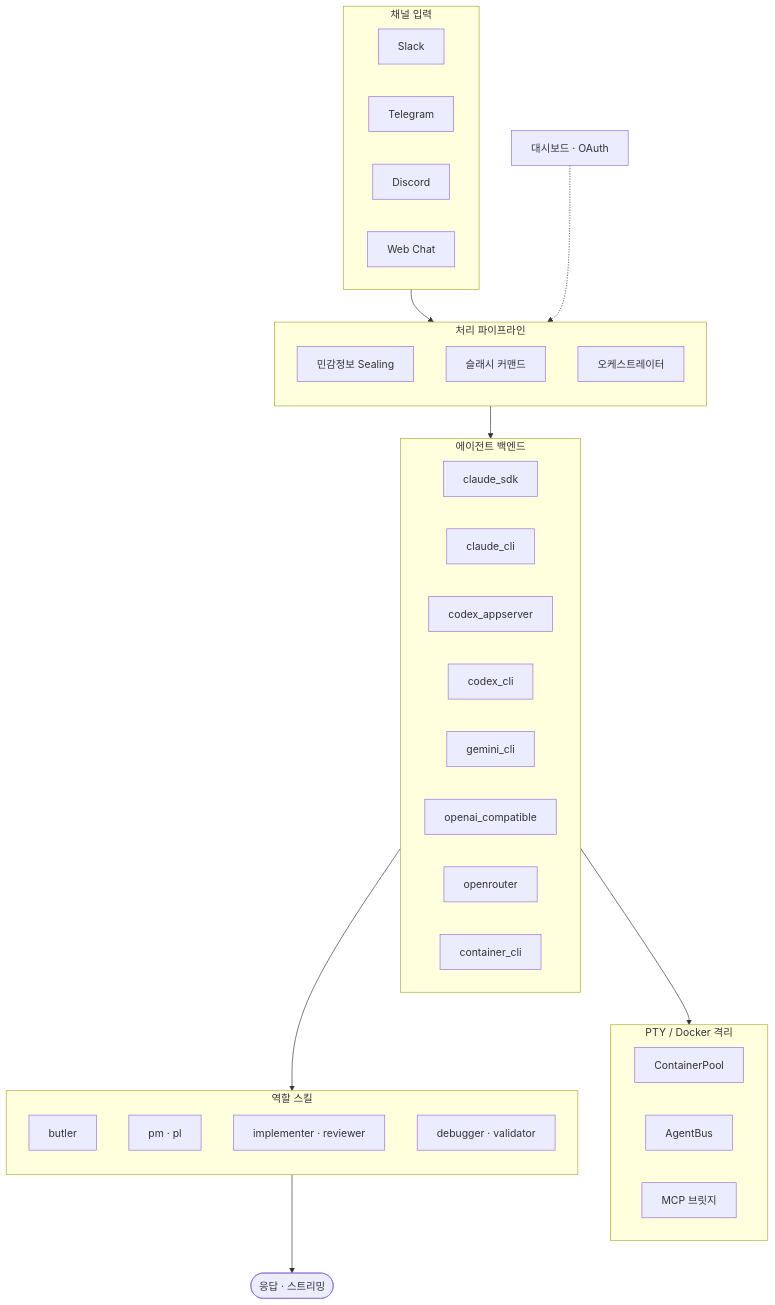
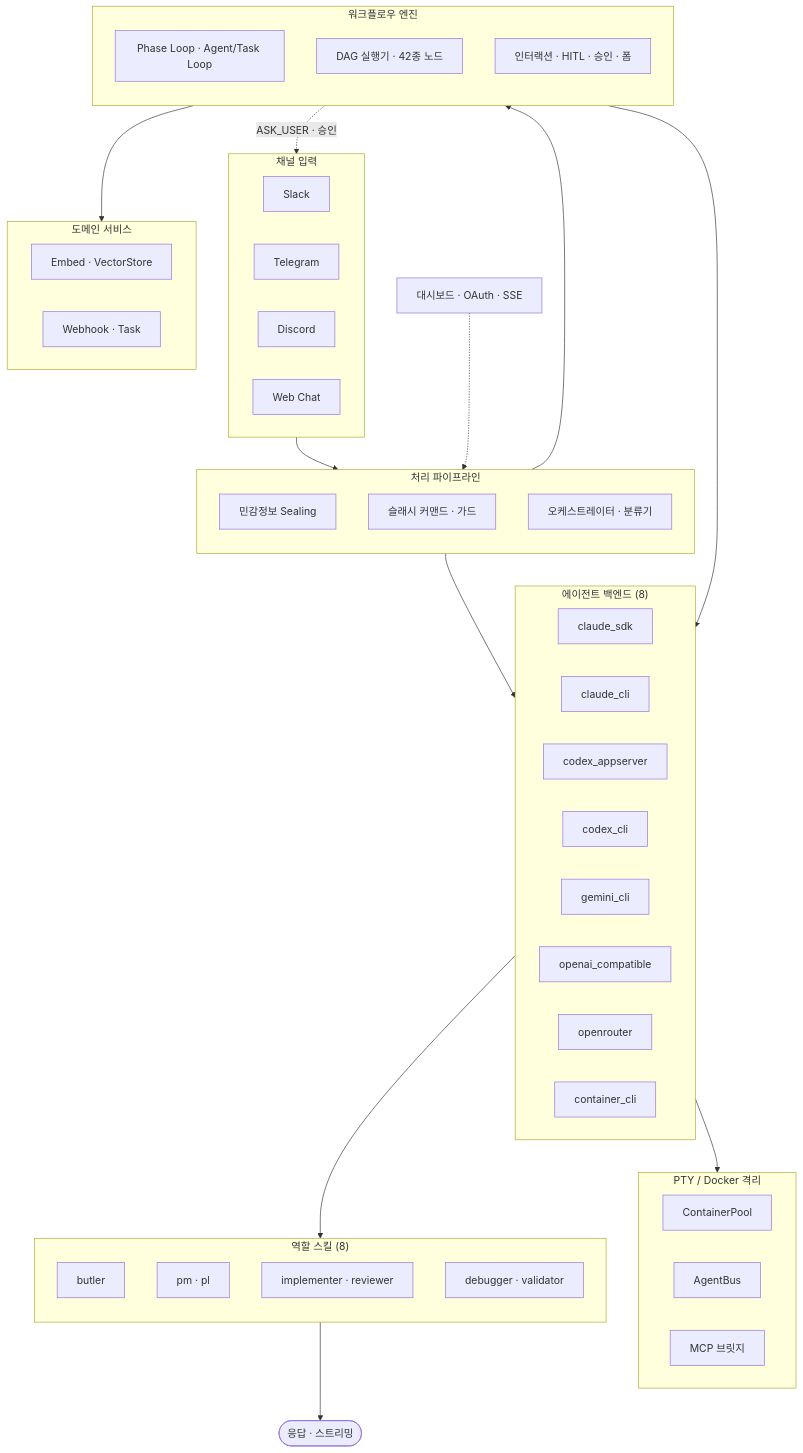
The diagram in docs/README.ko.md (berrzebb/SoulFlow-Orchestrator), drawn with Mermaid before and after one commit. The commit also changed other lines of this file and 54 other files, not shown here.

First line of the commit message:
feat: 노드 55종 확장 · 아키텍처 다이어그램 최신화 · 도구 15종 추가

````diff
--- a/docs/README.ko.md
+++ b/docs/README.ko.md
@@ -25,53 +25,70 @@
 ```mermaid
 flowchart TD
     subgraph Channels["채널 입력"]
         direction LR
         SL[Slack]
         TG[Telegram]
         DS[Discord]
         WEB[Web Chat]
     end
 
     subgraph Pipeline["처리 파이프라인"]
         direction TB
         SEAL[민감정보 Sealing]
-        CMD[슬래시 커맨드]
-        ORCH[오케스트레이터]
+        CMD[슬래시 커맨드 · 가드]
+        ORCH[오케스트레이터 · 분류기]
     end
 
-    subgraph Backends["에이전트 백엔드"]
+    subgraph Backends["에이전트 백엔드 (8)"]
         direction LR
         CSDK[claude_sdk]
         CCLI[claude_cli]
         CAPPS[codex_appserver]
         CCLIX[codex_cli]
         GCLI[gemini_cli]
         OAI[openai_compatible]
         ORT[openrouter]
         CTR[container_cli]
     end
 
+    subgraph Workflows["워크플로우 엔진"]
+        direction TB
+        PL[Phase Loop · Agent/Task Loop]
+        DAG[DAG 실행기 · 42종 노드]
+        INTERACT[인터랙션 · HITL · 승인 · 폼]
+    end
+
     subgraph PTY["PTY / Docker 격리"]
         direction LR
         POOL[ContainerPool]
         BUS[AgentBus]
         BRIDGE[MCP 브릿지]
     end
 
-    subgraph Skills["역할 스킬"]
+    subgraph Skills["역할 스킬 (8)"]
         direction TB
         BT[butler]
         PM[pm · pl]
         IMPL[implementer · reviewer]
         DBG[debugger · validator]
     end
 
-    DASH[대시보드 · OAuth]
+    subgraph Services["도메인 서비스"]
+        direction LR
+        EMBED[Embed · VectorStore]
+        WEBHOOK[Webhook · Task]
+    end
+
+    DASH[대시보드 · OAuth · SSE]
 
     Channels --> Pipeline
     Pipeline --> Backends
+    Pipeline --> Workflows
+    Workflows --> Backends
+    INTERACT -.->|ASK_USER · 승인| Channels
     CTR --> PTY
     Backends --> Skills
     Skills --> OUT([응답 · 스트리밍])
+    Workflows --> Services
     DASH -.-> Pipeline
 ```
````
